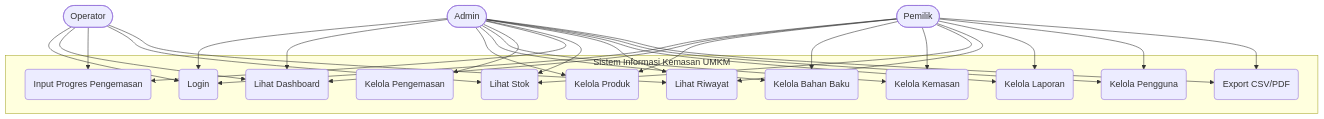
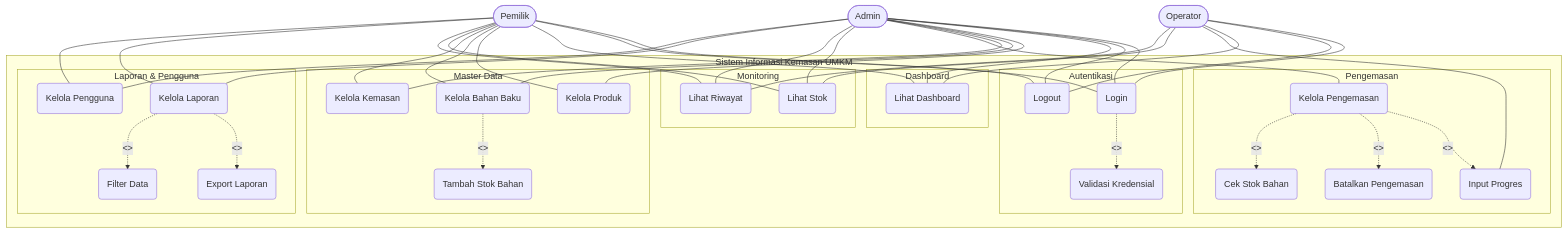
Before and after one commit to sindelarastechnology/KemasIn: the first of 6 diagrams in README.md, drawn with Mermaid. The commit also changed other lines of this file, not shown here.

Commit message:
ubah use case

````diff
--- a/README.md
+++ b/README.md
@@ -293,47 +302,78 @@
 ```mermaid
 graph TD
     subgraph "Sistem Informasi Kemasan UMKM"
-        UC1(Login)
-        UC2(Lihat Dashboard)
-        UC3(Kelola Produk)
-        UC4(Kelola Bahan Baku)
-        UC5(Kelola Kemasan)
-        UC6(Kelola Pengemasan)
-        UC7(Input Progres Pengemasan)
-        UC8(Lihat Stok)
-        UC9(Lihat Riwayat)
-        UC10(Kelola Laporan)
-        UC11(Kelola Pengguna)
-        UC12(Export CSV/PDF)
+        subgraph "Autentikasi"
+            A1(Login)
+            A2(Logout)
+            A3(Validasi Kredensial)
+        end
+
+        subgraph "Dashboard"
+            B1(Lihat Dashboard)
+        end
+
+        subgraph "Master Data"
+            C1(Kelola Produk)
+            C2(Kelola Bahan Baku)
+            C3(Kelola Kemasan)
+            C4(Tambah Stok Bahan)
+        end
+
+        subgraph "Pengemasan"
+            D1(Kelola Pengemasan)
+            D2(Input Progres)
+            D3(Batalkan Pengemasan)
+            D4(Cek Stok Bahan)
+        end
+
+        subgraph "Monitoring"
+            E1(Lihat Stok)
+            E2(Lihat Riwayat)
+        end
+
+        subgraph "Laporan & Pengguna"
+            F1(Kelola Laporan)
+            F2(Export Laporan)
+            F3(Filter Data)
+            F4(Kelola Pengguna)
+        end
     end
 
-    Actor1([Admin]) --> UC1
-    Actor1 --> UC2
-    Actor1 --> UC3
-    Actor1 --> UC4
-    Actor1 --> UC5
-    Actor1 --> UC6
-    Actor1 --> UC7
-    Actor1 --> UC8
-    Actor1 --> UC9
-    Actor1 --> UC10
-    Actor1 --> UC11
-    Actor1 --> UC12
+    A1 -.->|<<include>>| A3
+    C2 -.->|<<extend>>| C4
+    D1 -.->|<<extend>>| D2
+    D1 -.->|<<extend>>| D3
+    D1 -.->|<<include>>| D4
+    F1 -.->|<<extend>>| F2
+    F1 -.->|<<include>>| F3
 
-    Actor2([Operator]) --> UC1
-    Actor2 --> UC2
-    Actor2 --> UC7
-    Actor2 --> UC8
-    Actor2 --> UC9
+    Actor1([Admin]) --- A1
+    Actor1 --- A2
+    Actor1 --- B1
+    Actor1 --- C1
+    Actor1 --- C2
+    Actor1 --- C3
+    Actor1 --- D1
+    Actor1 --- E1
+    Actor1 --- E2
+    Actor1 --- F1
+    Actor1 --- F4
 
-    Actor3([Pemilik]) --> UC1
-    Actor3 --> UC2
-    Actor3 --> UC3
-    Actor3 --> UC4
-    Actor3 --> UC5
-    Actor3 --> UC8
-    Actor3 --> UC9
-    Actor3 --> UC10
-    Actor3 --> UC11
-    Actor3 --> UC12
+    Actor2([Operator]) --- A1
+    Actor2 --- A2
+    Actor2 --- B1
+    Actor2 --- D2
+    Actor2 --- E1
+    Actor2 --- E2
+
+    Actor3([Pemilik]) --- A1
+    Actor3 --- A2
+    Actor3 --- B1
+    Actor3 --- C1
+    Actor3 --- C2
+    Actor3 --- C3
+    Actor3 --- E1
+    Actor3 --- E2
+    Actor3 --- F1
+    Actor3 --- F4
 ```
````
